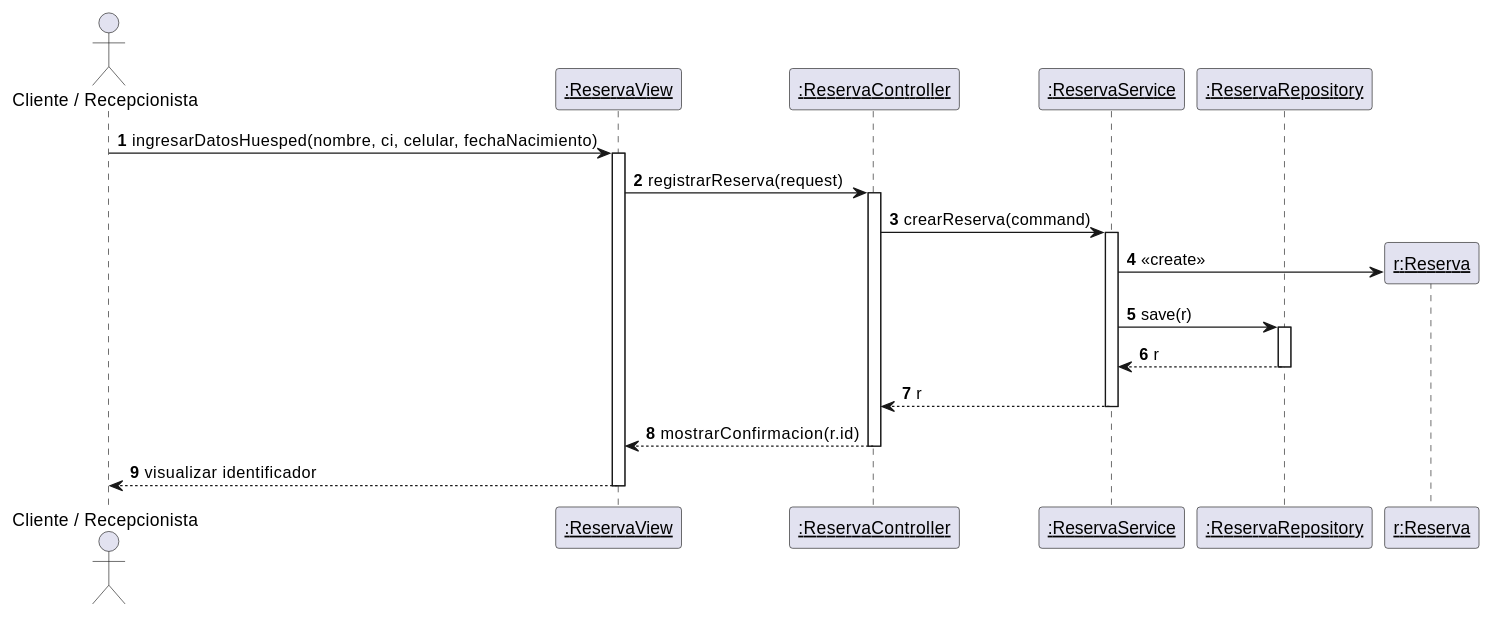
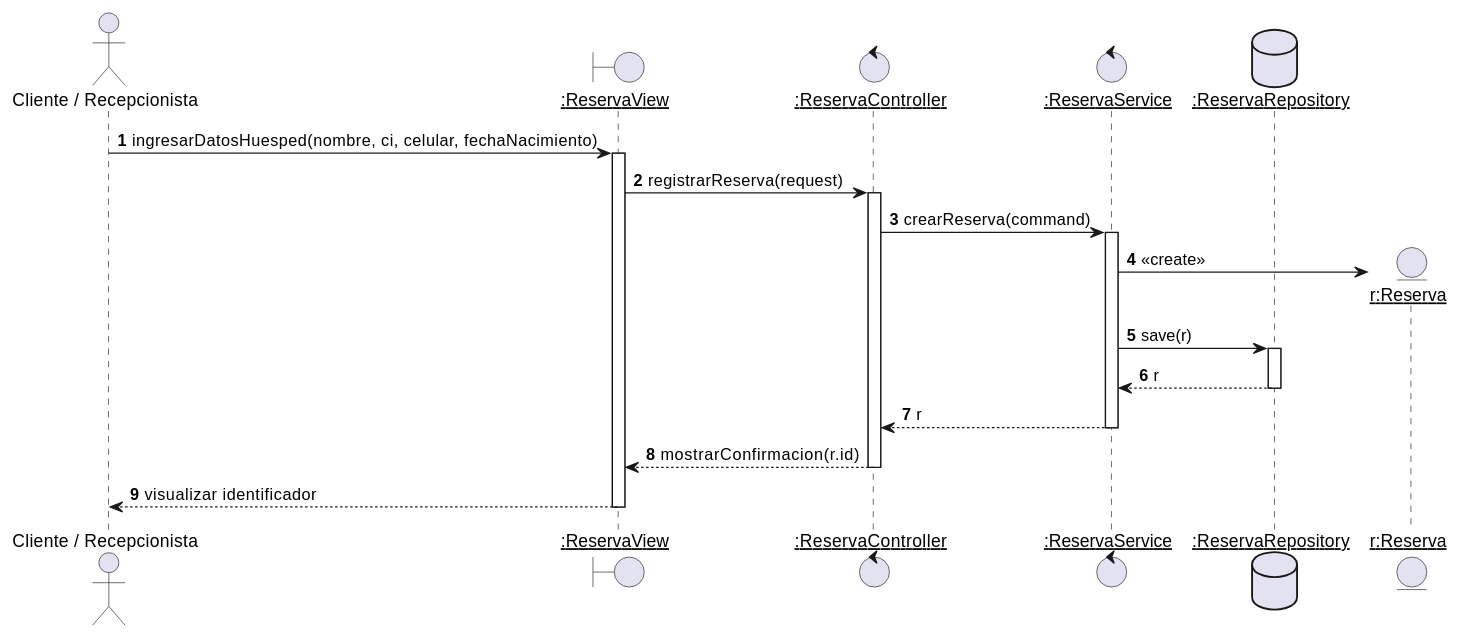
The eighth of 36 diagrams in RefactorV4.md (Tsmrain/GestionSistemas), drawn with PlantUML before and after one commit. The commit also changed other lines of this file, not shown here.

Commit message:
refactor: standardize plantuml diagrams using boundary, control, entity, and database stereotypes

````diff
--- a/RefactorV4.md
+++ b/RefactorV4.md
@@ -572,29 +572,29 @@
 ```plantuml
 @startuml
 autonumber
 actor Actor as "Cliente / Recepcionista"
-participant "<u>:ReservaView</u>" as View
-participant "<u>:ReservaController</u>" as Ctrl
-participant "<u>:ReservaService</u>" as Serv
-participant "<u>:ReservaRepository</u>" as Repo
+boundary "<u>:ReservaView</u>" as View
+control "<u>:ReservaController</u>" as Ctrl
+control "<u>:ReservaService</u>" as Serv
+database "<u>:ReservaRepository</u>" as Repo
 
 Actor -> View : ingresarDatosHuesped(nombre, ci, celular, fechaNacimiento)
 activate View
 View -> Ctrl : registrarReserva(request)
 activate Ctrl
 Ctrl -> Serv : crearReserva(command)
 activate Serv
-create participant "<u>r:Reserva</u>" as Reserva
+create entity "<u>r:Reserva</u>" as Reserva
 Serv -> Reserva : <<create>>
 Serv -> Repo : save(r)
 activate Repo
 Repo --> Serv : r
 deactivate Repo
 Serv --> Ctrl : r
 deactivate Serv
 Ctrl --> View : mostrarConfirmacion(r.id)
 deactivate Ctrl
 View --> Actor : visualizar identificador
 deactivate View
 @enduml
 ```
````
